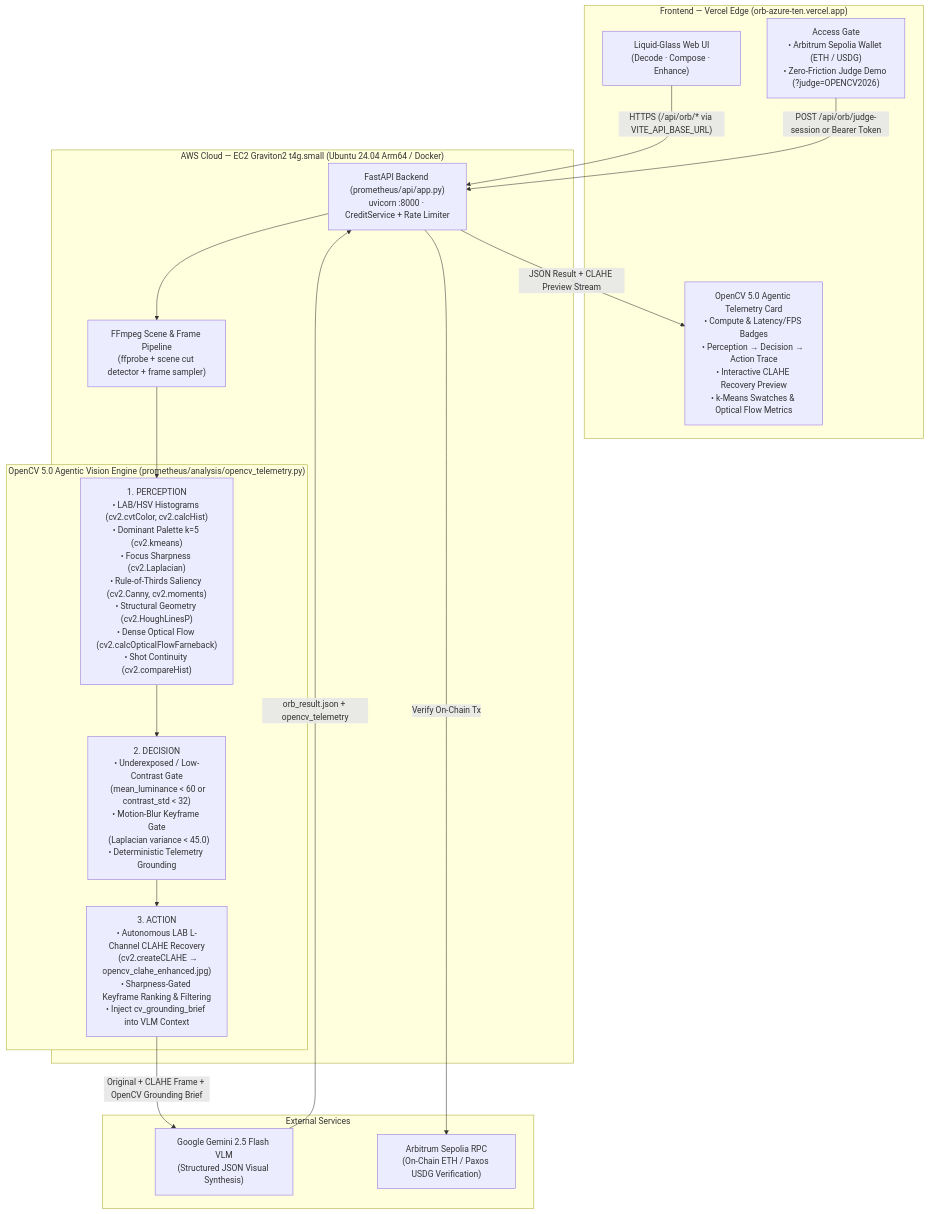
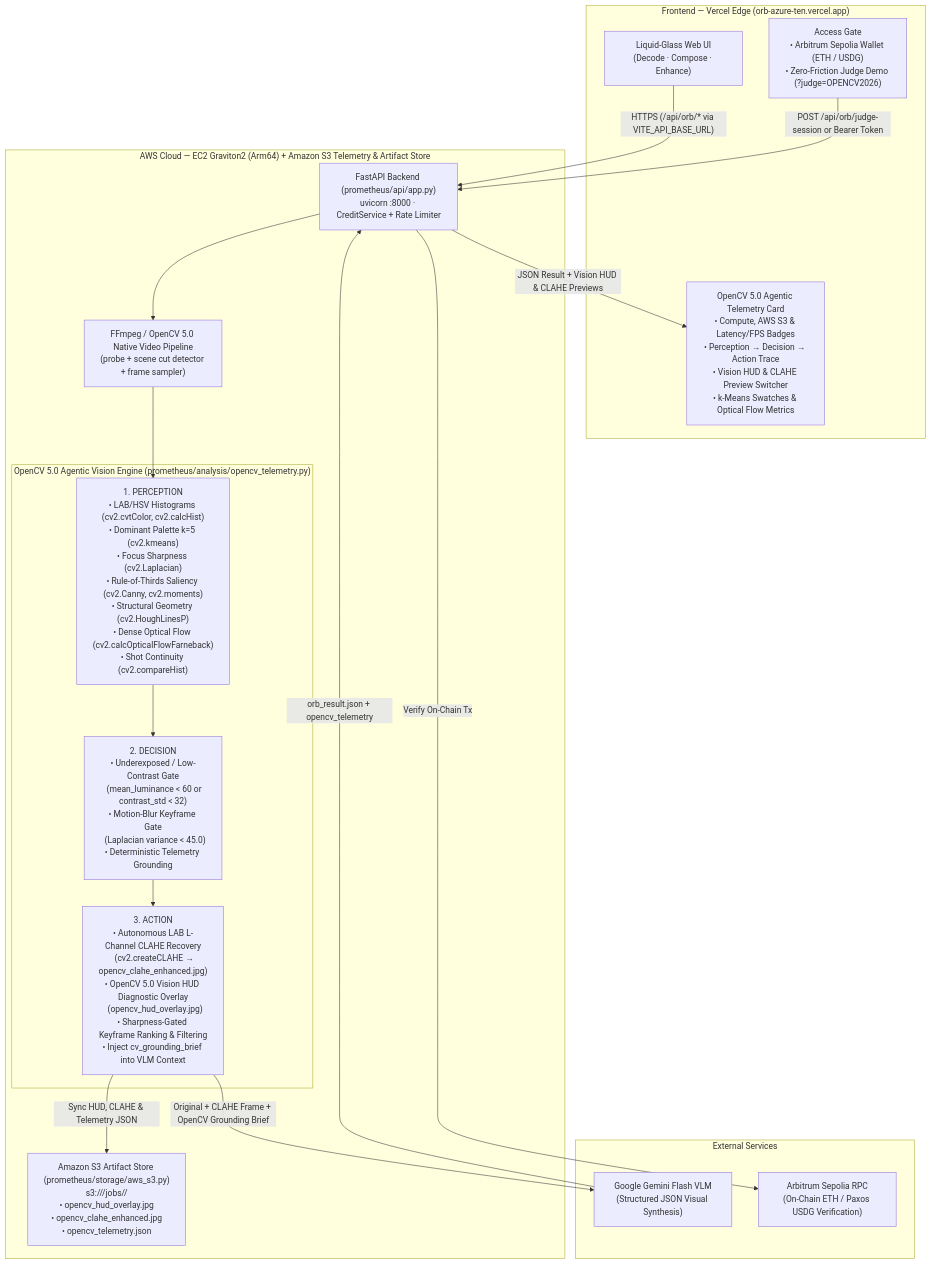
Before and after one commit to aveidt96/Orb: the diagram in SUBMISSION_GUIDE.md, drawn with Mermaid. The commit also changed other lines of this file and 8 other files, not shown here.

Commit message:
feat(aws): add Amazon S3 artifact persistence for OpenCV 5.0 telemetry and HUD overlays

````diff
--- a/SUBMISSION_GUIDE.md
+++ b/SUBMISSION_GUIDE.md
@@ -11,33 +11,35 @@
 ```mermaid
 flowchart TB
     subgraph Client["Frontend — Vercel Edge (orb-azure-ten.vercel.app)"]
         UI["Liquid-Glass Web UI\n(Decode · Compose · Enhance)"]
         GateUI["Access Gate\n• Arbitrum Sepolia Wallet (ETH / USDG)\n• Zero-Friction Judge Demo (?judge=OPENCV2026)"]
-        TelemetryUI["OpenCV 5.0 Agentic Telemetry Card\n• Compute & Latency/FPS Badges\n• Perception → Decision → Action Trace\n• Interactive CLAHE Recovery Preview\n• k-Means Swatches & Optical Flow Metrics"]
+        TelemetryUI["OpenCV 5.0 Agentic Telemetry Card\n• Compute, AWS S3 & Latency/FPS Badges\n• Perception → Decision → Action Trace\n• Vision HUD & CLAHE Preview Switcher\n• k-Means Swatches & Optical Flow Metrics"]
     end
 
-    subgraph AWS["AWS Cloud — EC2 Graviton2 t4g.small (Ubuntu 24.04 Arm64 / Docker)"]
+    subgraph AWS["AWS Cloud — EC2 Graviton2 (Arm64) + Amazon S3 Telemetry & Artifact Store"]
         API["FastAPI Backend (prometheus/api/app.py)\nuvicorn :8000 · CreditService + Rate Limiter"]
-        FFmpeg["FFmpeg Scene & Frame Pipeline\n(ffprobe + scene cut detector + frame sampler)"]
+        FFmpeg["FFmpeg / OpenCV 5.0 Native Video Pipeline\n(probe + scene cut detector + frame sampler)"]
+        S3["Amazon S3 Artifact Store (prometheus/storage/aws_s3.py)\ns3://<ORB_AWS_S3_BUCKET>/jobs/<job_id>/\n• opencv_hud_overlay.jpg\n• opencv_clahe_enhanced.jpg\n• opencv_telemetry.json"]
 
         subgraph AgenticCV["OpenCV 5.0 Agentic Vision Engine (prometheus/analysis/opencv_telemetry.py)"]
             Perceive["1. PERCEPTION\n• LAB/HSV Histograms (cv2.cvtColor, cv2.calcHist)\n• Dominant Palette k=5 (cv2.kmeans)\n• Focus Sharpness (cv2.Laplacian)\n• Rule-of-Thirds Saliency (cv2.Canny, cv2.moments)\n• Structural Geometry (cv2.HoughLinesP)\n• Dense Optical Flow (cv2.calcOpticalFlowFarneback)\n• Shot Continuity (cv2.compareHist)"]
             Decide["2. DECISION\n• Underexposed / Low-Contrast Gate\n  (mean_luminance < 60 or contrast_std < 32)\n• Motion-Blur Keyframe Gate\n  (Laplacian variance < 45.0)\n• Deterministic Telemetry Grounding"]
-            Act["3. ACTION\n• Autonomous LAB L-Channel CLAHE Recovery\n  (cv2.createCLAHE → opencv_clahe_enhanced.jpg)\n• Sharpness-Gated Keyframe Ranking & Filtering\n• Inject cv_grounding_brief into VLM Context"]
+            Act["3. ACTION\n• Autonomous LAB L-Channel CLAHE Recovery\n  (cv2.createCLAHE → opencv_clahe_enhanced.jpg)\n• OpenCV 5.0 Vision HUD Diagnostic Overlay\n  (opencv_hud_overlay.jpg)\n• Sharpness-Gated Keyframe Ranking & Filtering\n• Inject cv_grounding_brief into VLM Context"]
             Perceive --> Decide --> Act
         end
     end
 
     subgraph External["External Services"]
-        Gemini["Google Gemini 2.5 Flash VLM\n(Structured JSON Visual Synthesis)"]
+        Gemini["Google Gemini Flash VLM\n(Structured JSON Visual Synthesis)"]
         Arb["Arbitrum Sepolia RPC\n(On-Chain ETH / Paxos USDG Verification)"]
     end
 
     UI -->|"HTTPS (/api/orb/* via VITE_API_BASE_URL)"| API
     GateUI -->|"POST /api/orb/judge-session or Bearer Token"| API
     API -->|"Verify On-Chain Tx"| Arb
     API --> FFmpeg --> Perceive
+    Act -->|"Sync HUD, CLAHE & Telemetry JSON"| S3
     Act -->|"Original + CLAHE Frame + OpenCV Grounding Brief"| Gemini
     Gemini -->|"orb_result.json + opencv_telemetry"| API
-    API -->|"JSON Result + CLAHE Preview Stream"| TelemetryUI
+    API -->|"JSON Result + Vision HUD & CLAHE Previews"| TelemetryUI
 ```
````
